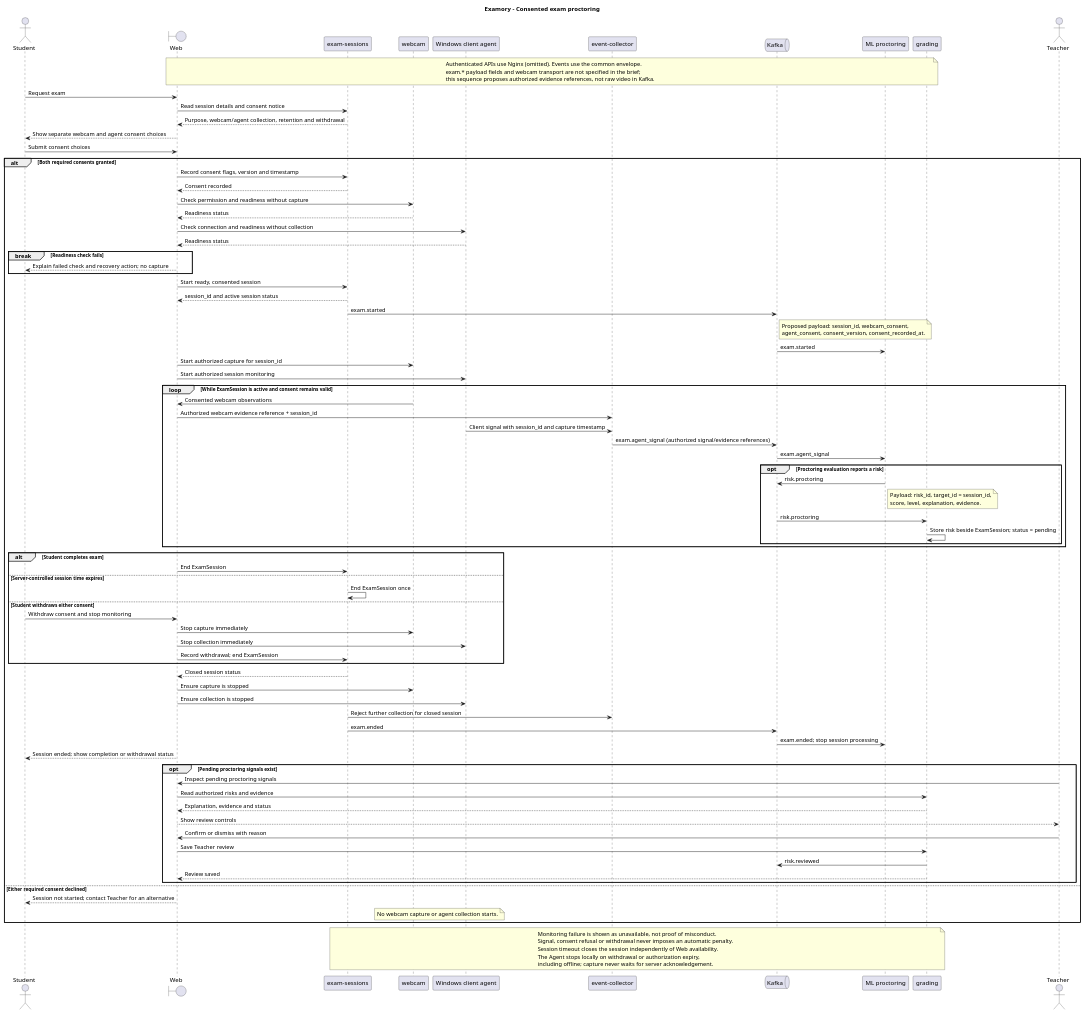
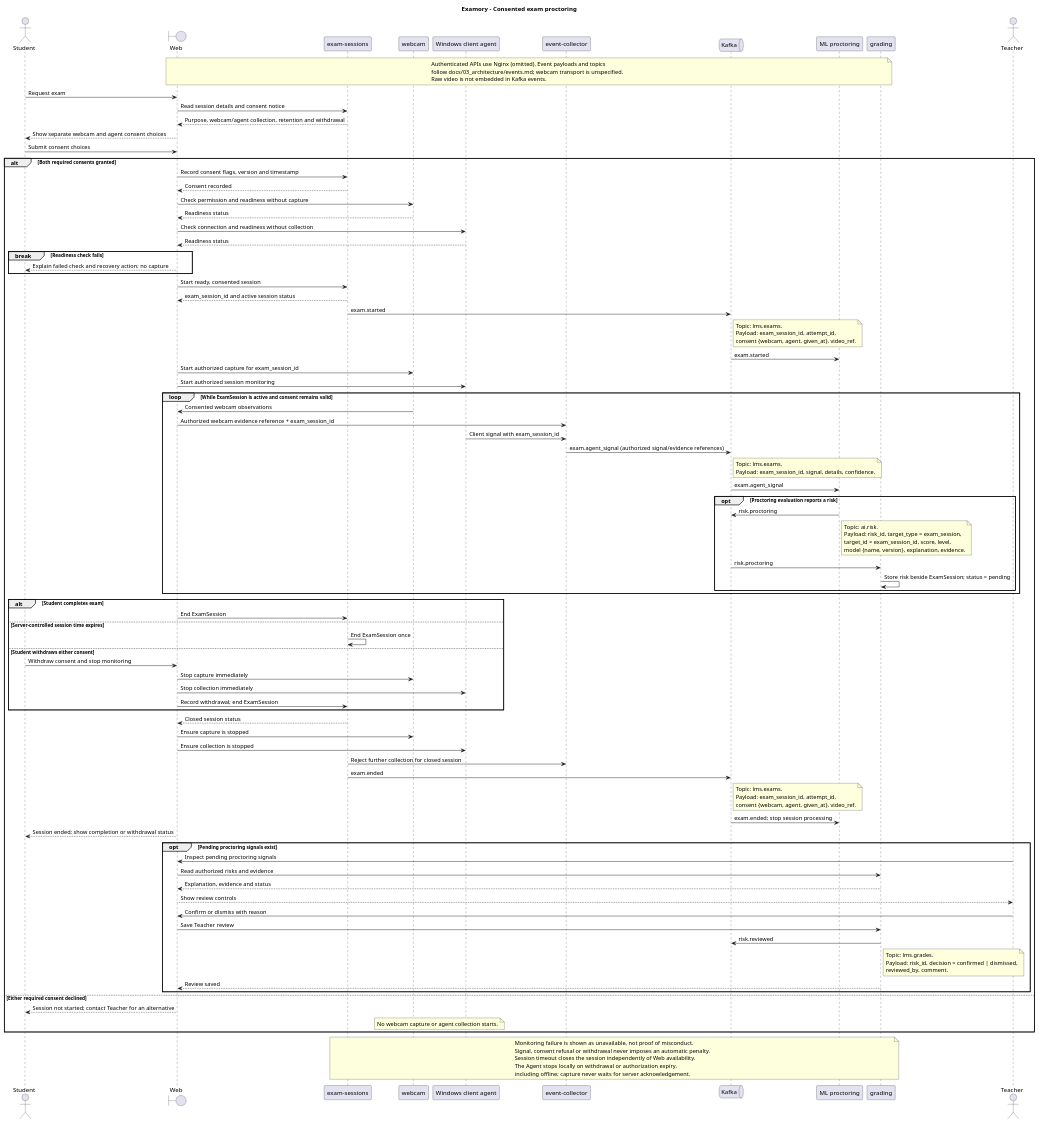
One commit to Newterios/Examory changed the diagram in docs/04_uml/seq_exam_proctoring.puml. Above: the diagram before and after it, drawn with PlantUML. The commit also changed 4 other files, not shown here.

Commit message:
LMS-20: align docs with Kafka event contract

```diff
--- a/docs/04_uml/seq_exam_proctoring.puml
+++ b/docs/04_uml/seq_exam_proctoring.puml
@@ -2,98 +2,115 @@
 @startuml
 title Examory - Consented exam proctoring
 actor Student
 boundary Web
 participant "exam-sessions" as Exam
 participant webcam as Webcam
 participant "Windows client agent" as Agent
 participant "event-collector" as Collector
 queue Kafka
 participant "ML proctoring" as Proctoring
 participant grading
 actor Teacher
 
 note over Web, grading
-  Authenticated APIs use Nginx (omitted). Events use the common envelope.
-  exam.* payload fields and webcam transport are not specified in the brief;
-  this sequence proposes authorized evidence references, not raw video in Kafka.
+  Authenticated APIs use Nginx (omitted). Event payloads and topics
+  follow docs/03_architecture/events.md; webcam transport is unspecified.
+  Raw video is not embedded in Kafka events.
 end note
 Student -> Web : Request exam
 Web -> Exam : Read session details and consent notice
 Exam --> Web : Purpose, webcam/agent collection, retention and withdrawal
 Web --> Student : Show separate webcam and agent consent choices
 Student -> Web : Submit consent choices
 alt Both required consents granted
   Web -> Exam : Record consent flags, version and timestamp
   Exam --> Web : Consent recorded
   Web -> Webcam : Check permission and readiness without capture
   Webcam --> Web : Readiness status
   Web -> Agent : Check connection and readiness without collection
   Agent --> Web : Readiness status
   break Readiness check fails
     Web --> Student : Explain failed check and recovery action; no capture
   end
   Web -> Exam : Start ready, consented session
-  Exam --> Web : session_id and active session status
+  Exam --> Web : exam_session_id and active session status
   Exam -> Kafka : exam.started
   note right of Kafka
-    Proposed payload: session_id, webcam_consent,
-    agent_consent, consent_version, consent_recorded_at.
+    Topic: lms.exams.
+    Payload: exam_session_id, attempt_id,
+    consent {webcam, agent, given_at}, video_ref.
   end note
   Kafka -> Proctoring : exam.started
-  Web -> Webcam : Start authorized capture for session_id
+  Web -> Webcam : Start authorized capture for exam_session_id
   Web -> Agent : Start authorized session monitoring
   loop While ExamSession is active and consent remains valid
     Webcam -> Web : Consented webcam observations
-    Web -> Collector : Authorized webcam evidence reference + session_id
-    Agent -> Collector : Client signal with session_id and capture timestamp
+    Web -> Collector : Authorized webcam evidence reference + exam_session_id
+    Agent -> Collector : Client signal with exam_session_id
     Collector -> Kafka : exam.agent_signal (authorized signal/evidence references)
+    note right of Kafka
+      Topic: lms.exams.
+      Payload: exam_session_id, signal, details, confidence.
+    end note
     Kafka -> Proctoring : exam.agent_signal
     opt Proctoring evaluation reports a risk
       Proctoring -> Kafka : risk.proctoring
       note right of Proctoring
-        Payload: risk_id, target_id = session_id,
-        score, level, explanation, evidence.
+        Topic: ai.risk.
+        Payload: risk_id, target_type = exam_session,
+        target_id = exam_session_id, score, level,
+        model {name, version}, explanation, evidence.
       end note
       Kafka -> grading : risk.proctoring
       grading -> grading : Store risk beside ExamSession; status = pending
     end
   end
   alt Student completes exam
     Web -> Exam : End ExamSession
   else Server-controlled session time expires
     Exam -> Exam : End ExamSession once
   else Student withdraws either consent
     Student -> Web : Withdraw consent and stop monitoring
     Web -> Webcam : Stop capture immediately
     Web -> Agent : Stop collection immediately
     Web -> Exam : Record withdrawal; end ExamSession
   end
   Exam --> Web : Closed session status
   Web -> Webcam : Ensure capture is stopped
   Web -> Agent : Ensure collection is stopped
   Exam -> Collector : Reject further collection for closed session
   Exam -> Kafka : exam.ended
+  note right of Kafka
+    Topic: lms.exams.
+    Payload: exam_session_id, attempt_id,
+    consent {webcam, agent, given_at}, video_ref.
+  end note
   Kafka -> Proctoring : exam.ended; stop session processing
   Web --> Student : Session ended; show completion or withdrawal status
   opt Pending proctoring signals exist
     Teacher -> Web : Inspect pending proctoring signals
     Web -> grading : Read authorized risks and evidence
     grading --> Web : Explanation, evidence and status
     Web --> Teacher : Show review controls
     Teacher -> Web : Confirm or dismiss with reason
     Web -> grading : Save Teacher review
     grading -> Kafka : risk.reviewed
+    note right of grading
+      Topic: lms.grades.
+      Payload: risk_id, decision = confirmed | dismissed,
+      reviewed_by, comment.
+    end note
     grading --> Web : Review saved
   end
 else Either required consent declined
   Web --> Student : Session not started; contact Teacher for an alternative
   note over Webcam, Agent : No webcam capture or agent collection starts.
 end
 note over Exam, grading
   Monitoring failure is shown as unavailable, not proof of misconduct.
   Signal, consent refusal or withdrawal never imposes an automatic penalty.
   Session timeout closes the session independently of Web availability.
   The Agent stops locally on withdrawal or authorization expiry,
   including offline; capture never waits for server acknowledgement.
 end note
 @enduml
```
